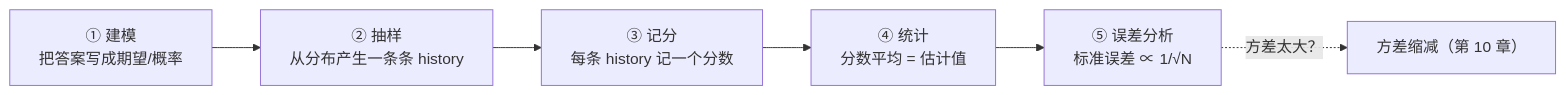
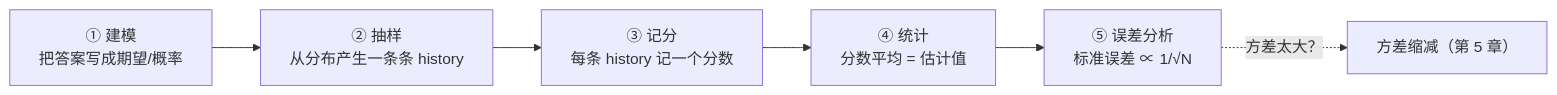
The diagram in docs/mc/ch01.md (linxiawmt/MASAMI-Brain), drawn with Mermaid before and after one commit. The commit also changed other lines of this file and 23 other files, not shown here.

Commit message:
随机模拟重建 ch01 初识蒙特卡罗（D&S1∪S&M1.1/1.4 主线重排：投针双推导+简史时间线+求积/模拟双视角+super-experiment误差棒+Fisher-Yates均匀性检验，7实验10实跑图）+ 新12章骨架index/nav

````diff
--- a/docs/mc/ch01.md
+++ b/docs/mc/ch01.md
@@ -22,8 +18,8 @@
 ```mermaid
 flowchart LR
     A["① 建模<br/>把答案写成期望/概率"] --> B["② 抽样<br/>从分布产生一条条 history"]
     B --> C["③ 记分<br/>每条 history 记一个分数"]
     C --> D["④ 统计<br/>分数平均 = 估计值"]
     D --> E["⑤ 误差分析<br/>标准误差 ∝ 1/√N"]
-    E -.->|方差太大？| F["方差缩减（第 10 章）"]
+    E -.->|方差太大？| F["方差缩减（第 5 章）"]
 ```
````
